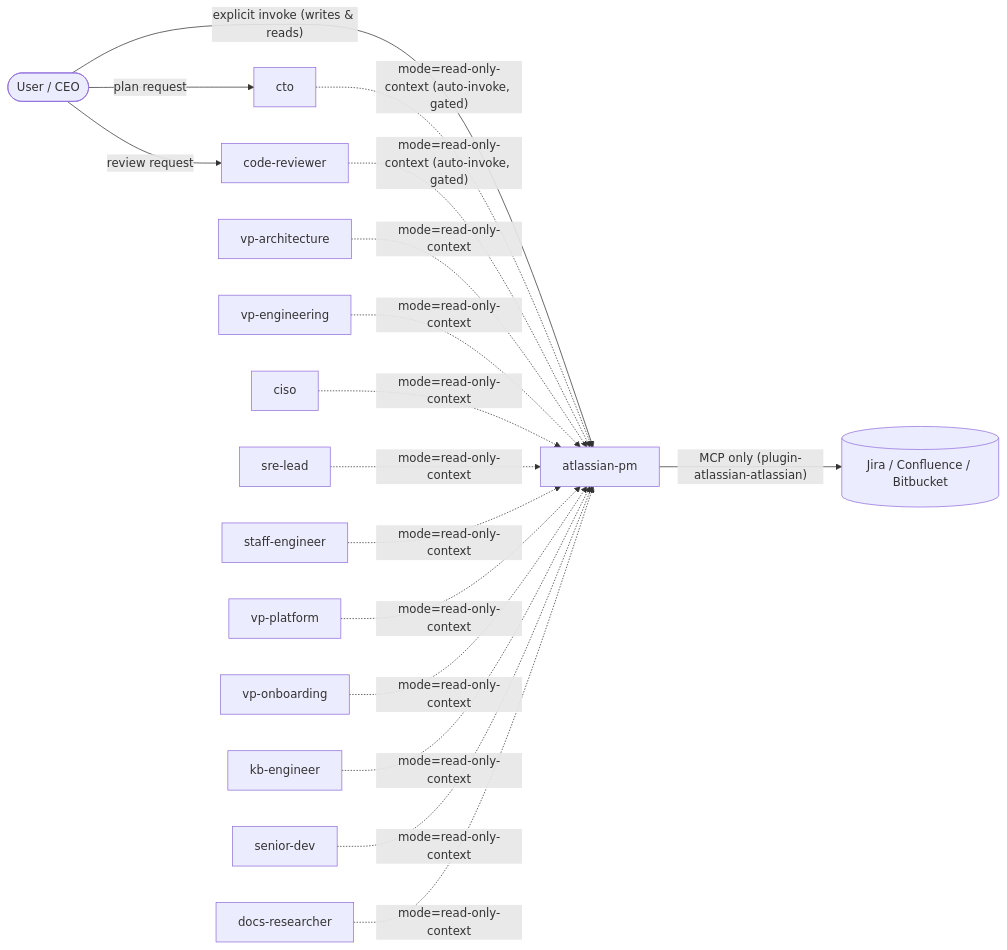
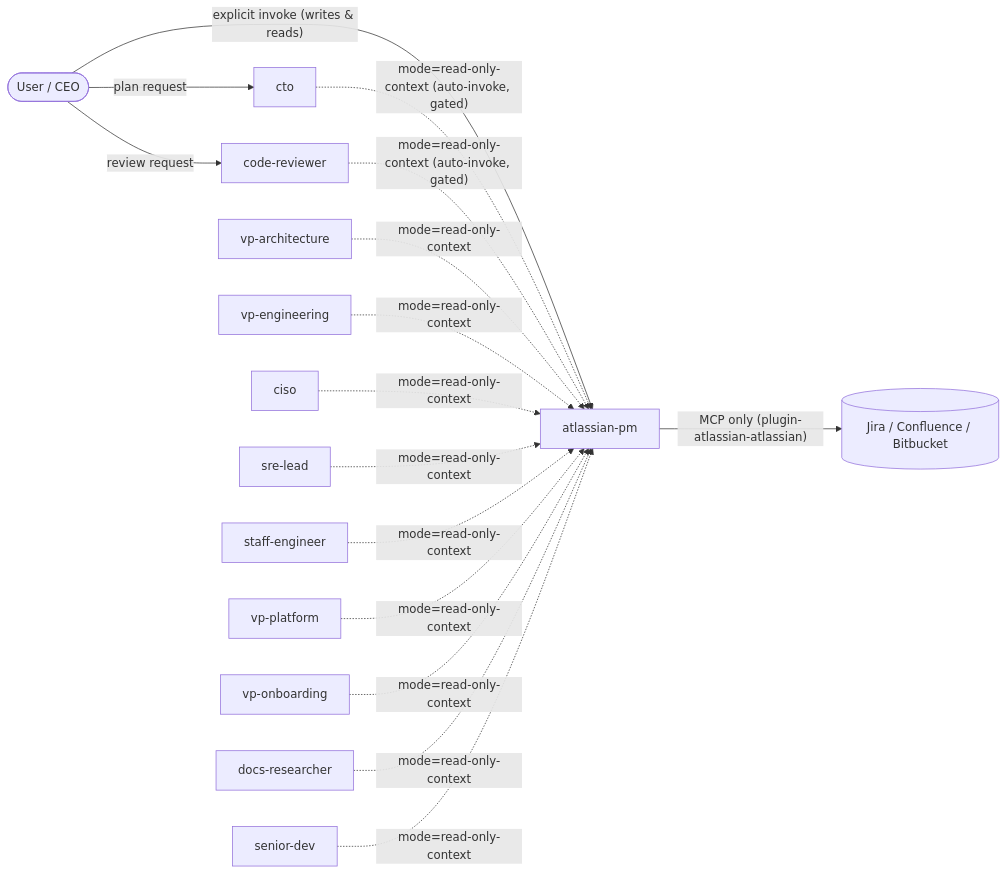
The diagram in cursor/.cursor/agents/atlassian-pm.md (akshay-na/dotfiles), drawn with Mermaid before and after one commit. The commit also changed other lines of this file and 92 other files, not shown here.

````diff
--- a/cursor/.cursor/agents/atlassian-pm.md
+++ b/cursor/.cursor/agents/atlassian-pm.md
@@ -31,19 +32,18 @@
 ```mermaid
 flowchart LR
   user([User / CEO]) -- "explicit invoke (writes & reads)" --> pm[atlassian-pm]
   user -- "plan request" --> cto[cto]
   user -- "review request" --> cr[code-reviewer]
   cto -. "mode=read-only-context (auto-invoke, gated)" .-> pm
   cr  -. "mode=read-only-context (auto-invoke, gated)" .-> pm
   vparch[vp-architecture] -. "mode=read-only-context" .-> pm
   vpeng[vp-engineering] -. "mode=read-only-context" .-> pm
   ciso[ciso] -. "mode=read-only-context" .-> pm
   srelead[sre-lead] -. "mode=read-only-context" .-> pm
   staff[staff-engineer] -. "mode=read-only-context" .-> pm
   vpplat[vp-platform] -. "mode=read-only-context" .-> pm
   vponb[vp-onboarding] -. "mode=read-only-context" .-> pm
-  kb[kb-engineer] -. "mode=read-only-context" .-> pm
+  dr[docs-researcher] -. "mode=read-only-context" .-> pm
   sd[senior-dev] -. "mode=read-only-context" .-> pm
-  dr[docs-researcher] -. "mode=read-only-context" .-> pm
   pm -- "MCP only (plugin-atlassian-atlassian)" --> atlassian[(Jira / Confluence / Bitbucket)]
 ```
````
